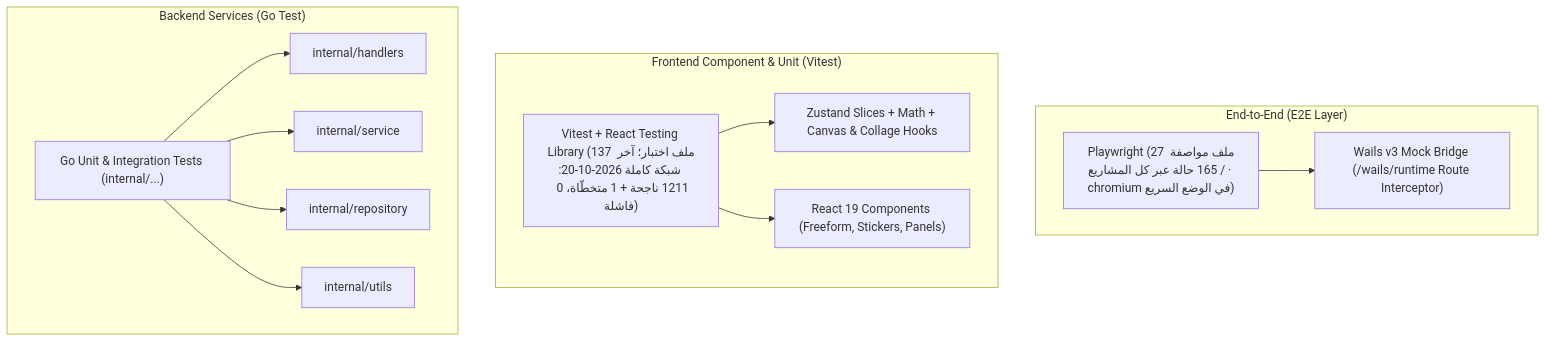
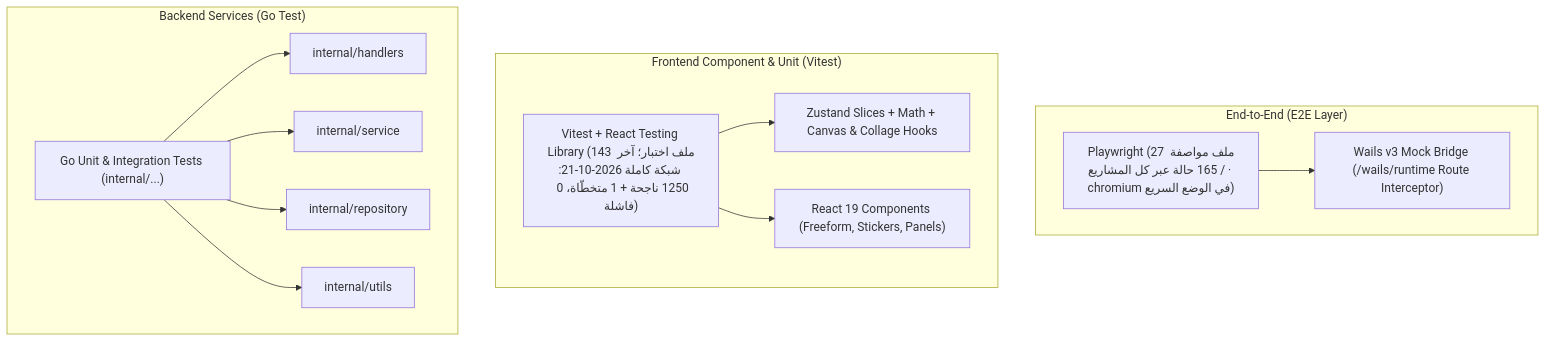
The diagram in docs/testing_guide.md (wisam79/grido), drawn with Mermaid before and after one commit. The commit also changed other lines of this file and 96 other files, not shown here.

````diff
--- a/docs/testing_guide.md
+++ b/docs/testing_guide.md
@@ -11,28 +11,28 @@
 ```mermaid
 flowchart TD
     subgraph E2E ["End-to-End (E2E Layer)"]
         PW["Playwright (27 ملف مواصفة / 165 حالة عبر كل المشاريع · chromium في الوضع السريع)"]
         Bridge["Wails v3 Mock Bridge (/wails/runtime Route Interceptor)"]
         PW --> Bridge
     end
 
     subgraph FE ["Frontend Component & Unit (Vitest)"]
-        VTests["Vitest + React Testing Library (137 ملف اختبار؛ آخر شبكة كاملة 2026-10-20: 1211 ناجحة + 1 متخطّاة، 0 فاشلة)"]
+        VTests["Vitest + React Testing Library (143 ملف اختبار؛ آخر شبكة كاملة 2026-10-21: 1250 ناجحة + 1 متخطّاة، 0 فاشلة)"]
         Zustand["Zustand Slices + Math + Canvas & Collage Hooks"]
         Comps["React 19 Components (Freeform, Stickers, Panels)"]
         VTests --> Zustand
         VTests --> Comps
     end
 
     subgraph BE ["Backend Services (Go Test)"]
         GoTests["Go Unit & Integration Tests (internal/...)"]
         Handlers["internal/handlers"]
         Services["internal/service"]
         Repo["internal/repository"]
         Utils["internal/utils"]
         GoTests --> Handlers
         GoTests --> Services
         GoTests --> Repo
         GoTests --> Utils
     end
 ```
````
